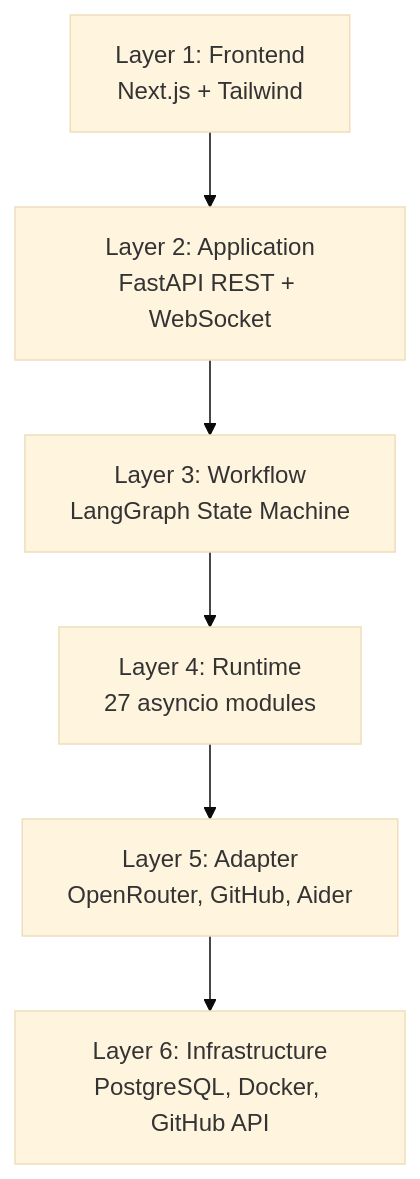
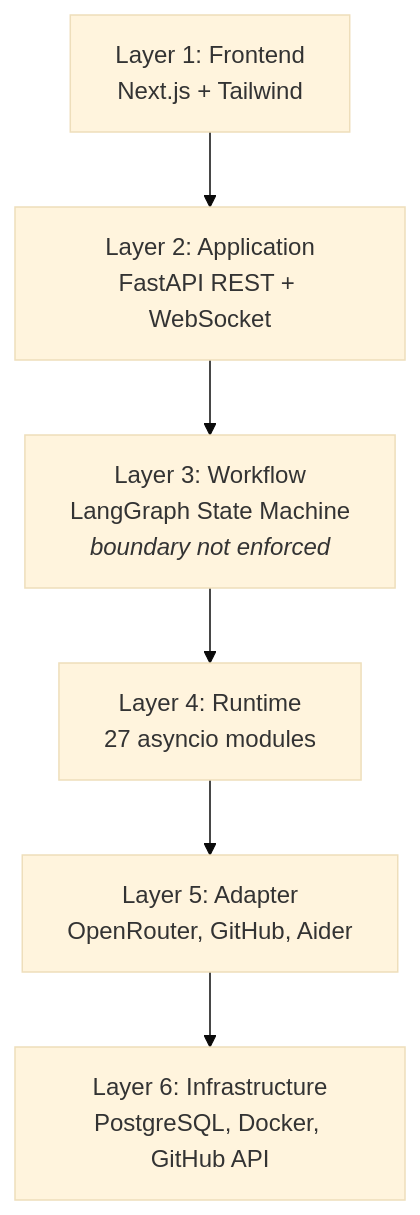
One commit to 4reeb-5yed/forge changed the first of 4 diagrams in docs/02-ARCHITECTURE.md. Above: the diagram before and after it, drawn with Mermaid (base theme). The commit also changed other lines of this file and 12 other files, not shown here.

````diff
--- a/docs/02-ARCHITECTURE.md
+++ b/docs/02-ARCHITECTURE.md
@@ -7,15 +9,15 @@
 ```mermaid
 graph TB
     L1[Layer 1: Frontend<br/>Next.js + Tailwind]
     L2[Layer 2: Application<br/>FastAPI REST + WebSocket]
-    L3[Layer 3: Workflow<br/>LangGraph State Machine]
+    L3[Layer 3: Workflow<br/>LangGraph State Machine<br/><i>boundary not enforced</i>]
     L4[Layer 4: Runtime<br/>27 asyncio modules]
     L5[Layer 5: Adapter<br/>OpenRouter, GitHub, Aider]
     L6[Layer 6: Infrastructure<br/>PostgreSQL, Docker, GitHub API]
 
     L1 --> L2
     L2 --> L3
     L3 --> L4
     L4 --> L5
     L5 --> L6
 ```
````
